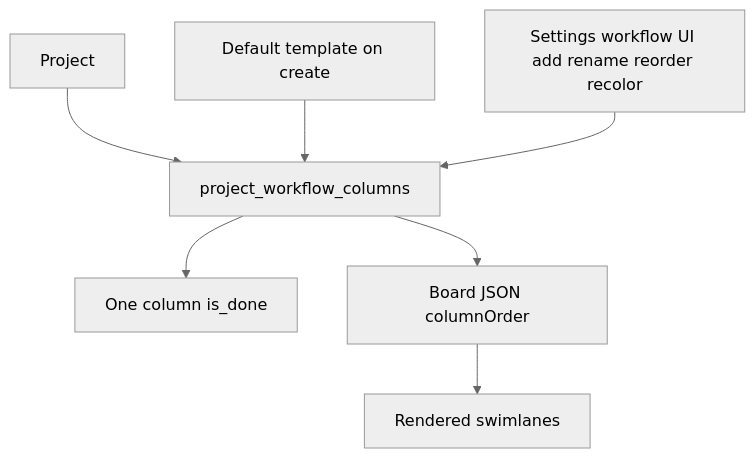
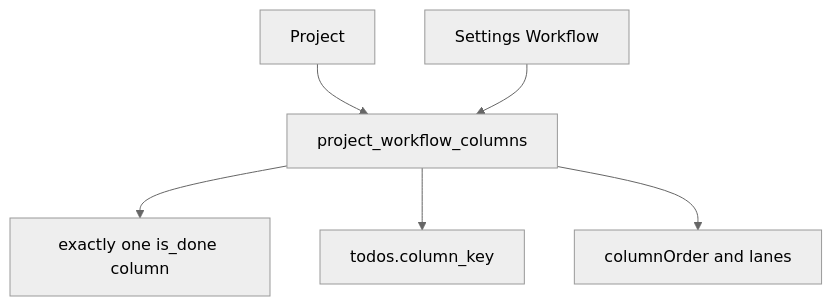
Before and after one commit to markrai/scrumboy: the fourth of 5 diagrams in docs/diagrams/scrumboy_board_kanban.md, drawn with Mermaid (neutral theme). The commit also changed other lines of this file and 189 other files, not shown here.

````diff
--- a/docs/diagrams/scrumboy_board_kanban.md
+++ b/docs/diagrams/scrumboy_board_kanban.md
@@ -49,16 +69,15 @@
 ```mermaid
 flowchart TB
-  Proj[Project]
-  WF[project_workflow_columns]
-  Template[Default template on create]
-  Settings[Settings workflow UI add rename reorder recolor]
-  DoneLane[One column is_done]
-  API[Board JSON columnOrder]
-  Lanes[Rendered swimlanes]
+  Project[Project]
+  Columns[project_workflow_columns]
+  Settings[Settings Workflow]
+  Done[exactly one is_done column]
+  Todos[todos.column_key]
+  Board[columnOrder and lanes]
 
-  Proj --> WF
-  Template --> WF
-  Settings --> WF
-  WF --> DoneLane
-  WF --> API --> Lanes
+  Project --> Columns
+  Settings --> Columns
+  Columns --> Done
+  Columns --> Todos
+  Columns --> Board
 ```
````
